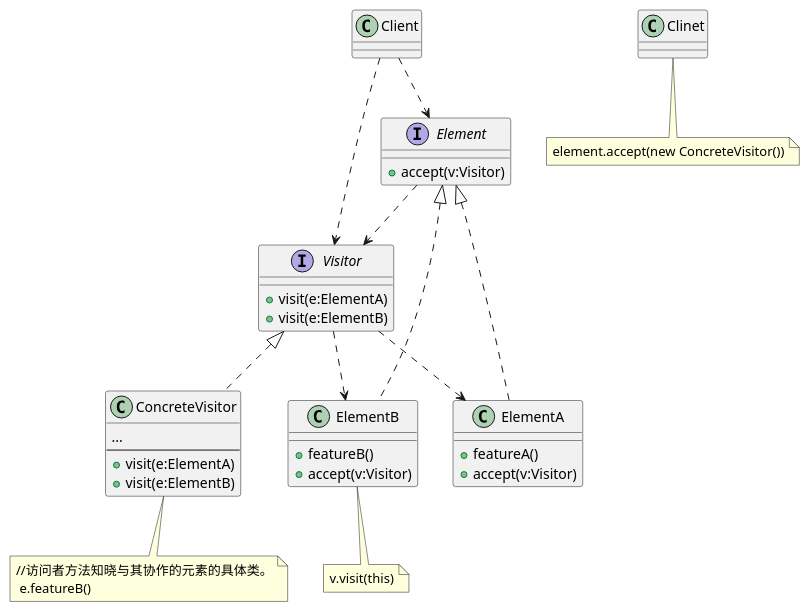
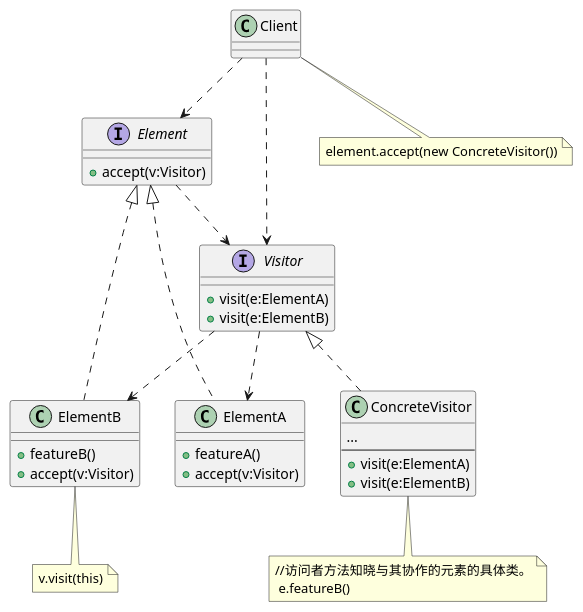
Before and after one commit to zerlei/me: diagram 12 of 12 in docs/tech/DesignaPattern_ca/4-行为模式.md, drawn with PlantUML. The commit also changed other lines of this file and 14 other files, not shown here.

````diff
--- a/docs/tech/DesignaPattern_ca/4-行为模式.md
+++ b/docs/tech/DesignaPattern_ca/4-行为模式.md
@@ -726,38 +727,38 @@
 ```plantuml
 
 interface Visitor {
     + visit(e:ElementA)
     + visit(e:ElementB)
 }
 interface Element {
     + accept(v:Visitor)
 }
 class ElementA {
     + featureA()
     + accept(v:Visitor)
 }
 class ElementB {
     + featureB()
     + accept(v:Visitor)
 }
 note bottom of ElementB: v.visit(this)
 
 class ConcreteVisitor {
     ...
     --
     + visit(e:ElementA)
     + visit(e:ElementB)
 }
 note bottom of ConcreteVisitor: //访问者方法知晓与其协作的元素的具体类。\n e.featureB()
-class Clinet
-note bottom of Clinet: element.accept(new ConcreteVisitor())
+class Client
+note bottom of Client: element.accept(new ConcreteVisitor())
 
 Element <|.. ElementA
 Element <|.. ElementB
 Visitor <|.. ConcreteVisitor
 Client ..> Visitor
 Client ..> Element
 Visitor ..> ElementA
 Visitor ..> ElementB
 Element ..> Visitor
 ```
````
